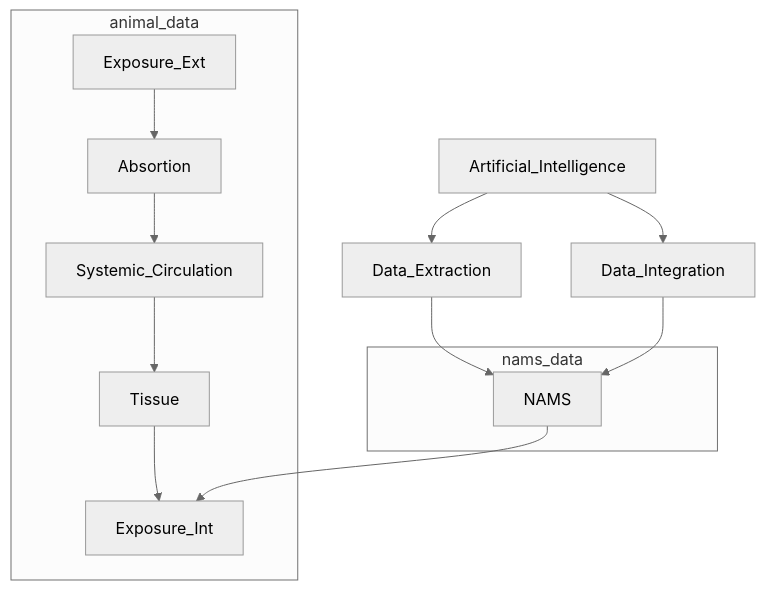
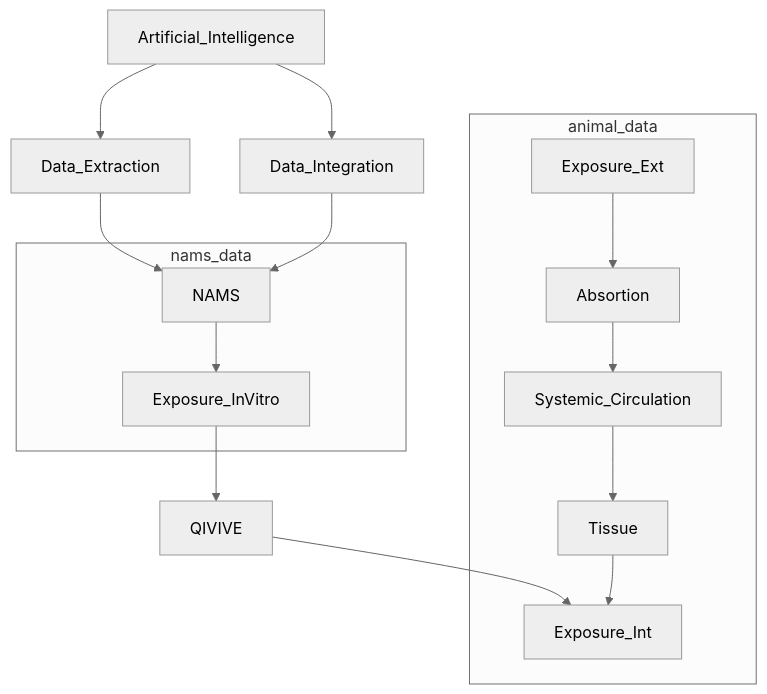
The diagram in ProbRA.md (ontox-hu/workflows), drawn with Mermaid (neutral theme) before and after one commit.

````diff
--- a/ProbRA.md
+++ b/ProbRA.md
@@ -2,25 +2,26 @@
 ```mermaid
 flowchart TD
 
   Artificial_Intelligence-->Data_Extraction
   Data_Extraction-->NAMS
   Artificial_Intelligence-->Data_Integration
   Data_Integration-->NAMS
+  Exposure_InVitro-->QIVIVE
+  QIVIVE-->Exposure_Int
   
   subgraph animal_data
   
   Exposure_Ext-->Absortion
   Absortion-->Systemic_Circulation
   Systemic_Circulation-->Tissue
   Tissue-->Exposure_Int
   
   end
 
   subgraph nams_data
   
-  NAMS-->Exposure_Int
-  
+  NAMS-->Exposure_InVitro
   
   end
   
 ```
````
